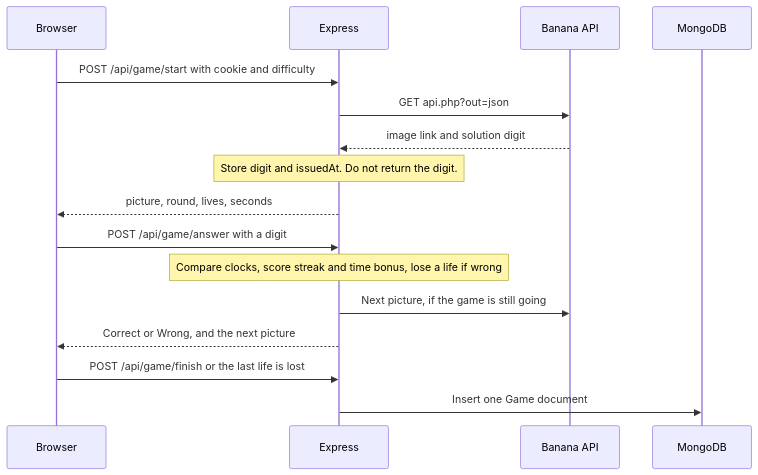
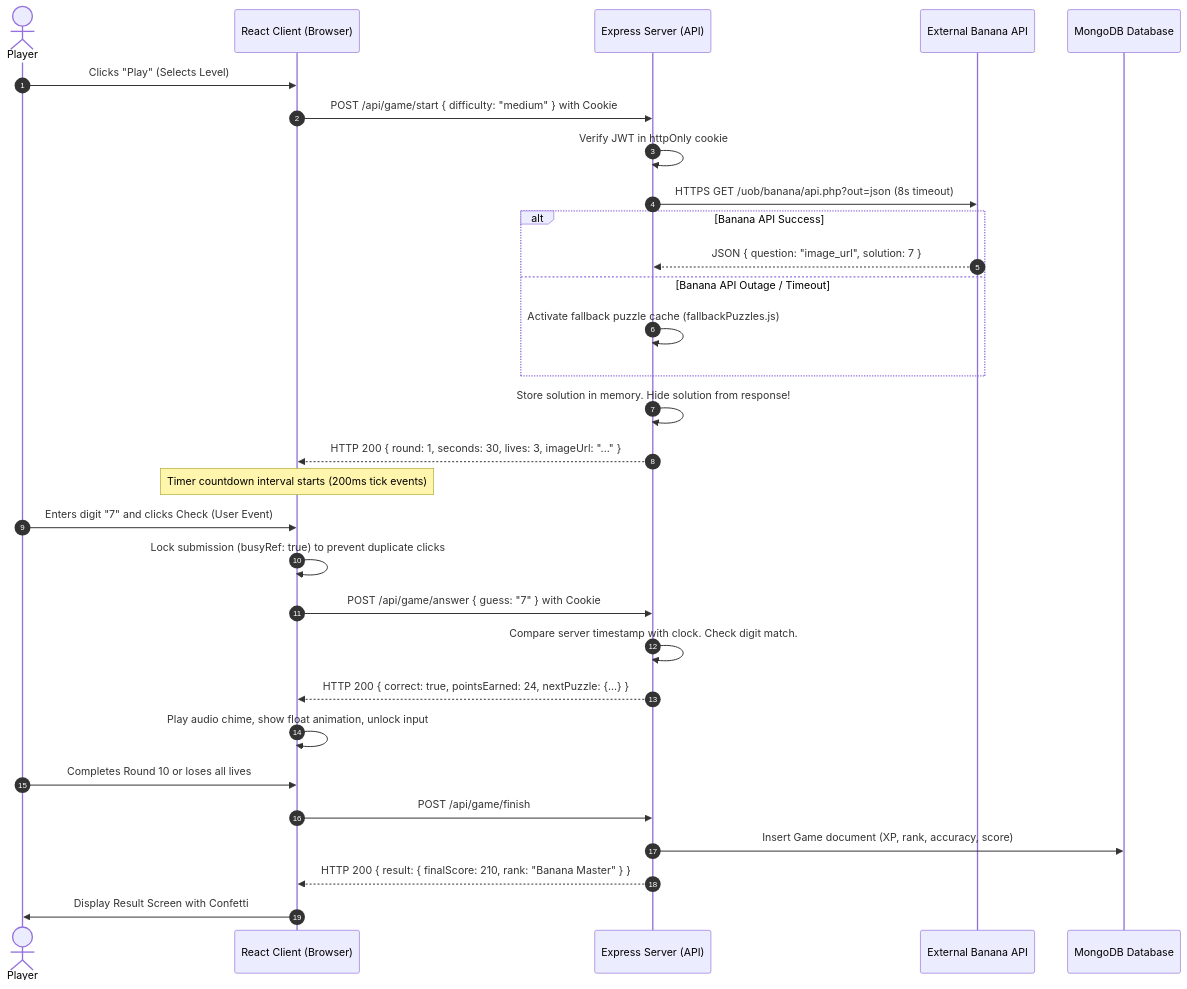
The second of 2 diagrams in docs/ARCHITECTURE.md (amanaryal/Banana-Quiz), drawn with Mermaid before and after one commit. The commit also changed other lines of this file and 13 other files, not shown here.

````diff
--- a/docs/ARCHITECTURE.md
+++ b/docs/ARCHITECTURE.md
@@ -41,19 +37,35 @@
 ```mermaid
 sequenceDiagram
-  participant Browser
-  participant Express
-  participant Banana as Banana API
-  participant Mongo as MongoDB
+  autonumber
+  actor Player
+  participant Client as React Client (Browser)
+  participant Server as Express Server (API)
+  participant Banana as External Banana API
+  participant Mongo as MongoDB Database
 
-  Browser->>Express: POST /api/game/start with cookie and difficulty
-  Express->>Banana: GET api.php?out=json
-  Banana-->>Express: image link and solution digit
-  Note over Express: Store digit and issuedAt. Do not return the digit.
-  Express-->>Browser: picture, round, lives, seconds
-  Browser->>Express: POST /api/game/answer with a digit
-  Note over Express: Compare clocks, score streak and time bonus, lose a life if wrong
-  Express->>Banana: Next picture, if the game is still going
-  Express-->>Browser: Correct or Wrong, and the next picture
-  Browser->>Express: POST /api/game/finish or the last life is lost
-  Express->>Mongo: Insert one Game document
+  Player->>Client: Clicks "Play" (Selects Level)
+  Client->>Server: POST /api/game/start { difficulty: "medium" } with Cookie
+  Server->>Server: Verify JWT in httpOnly cookie
+  Server->>Banana: HTTPS GET /uob/banana/api.php?out=json (8s timeout)
+  alt Banana API Success
+    Banana-->>Server: JSON { question: "image_url", solution: 7 }
+  else Banana API Outage / Timeout
+    Server->>Server: Activate fallback puzzle cache (fallbackPuzzles.js)
+  end
+  Server->>Server: Store solution in memory. Hide solution from response!
+  Server-->>Client: HTTP 200 { round: 1, seconds: 30, lives: 3, imageUrl: "..." }
+  
+  Note over Client: Timer countdown interval starts (200ms tick events)
+  Player->>Client: Enters digit "7" and clicks Check (User Event)
+  Client->>Client: Lock submission (busyRef: true) to prevent duplicate clicks
+  Client->>Server: POST /api/game/answer { guess: "7" } with Cookie
+  Server->>Server: Compare server timestamp with clock. Check digit match.
+  Server-->>Client: HTTP 200 { correct: true, pointsEarned: 24, nextPuzzle: {...} }
+  Client->>Client: Play audio chime, show float animation, unlock input
+  
+  Player->>Client: Completes Round 10 or loses all lives
+  Client->>Server: POST /api/game/finish
+  Server->>Mongo: Insert Game document (XP, rank, accuracy, score)
+  Server-->>Client: HTTP 200 { result: { finalScore: 210, rank: "Banana Master" } }
+  Client->>Player: Display Result Screen with Confetti
 ```
````
